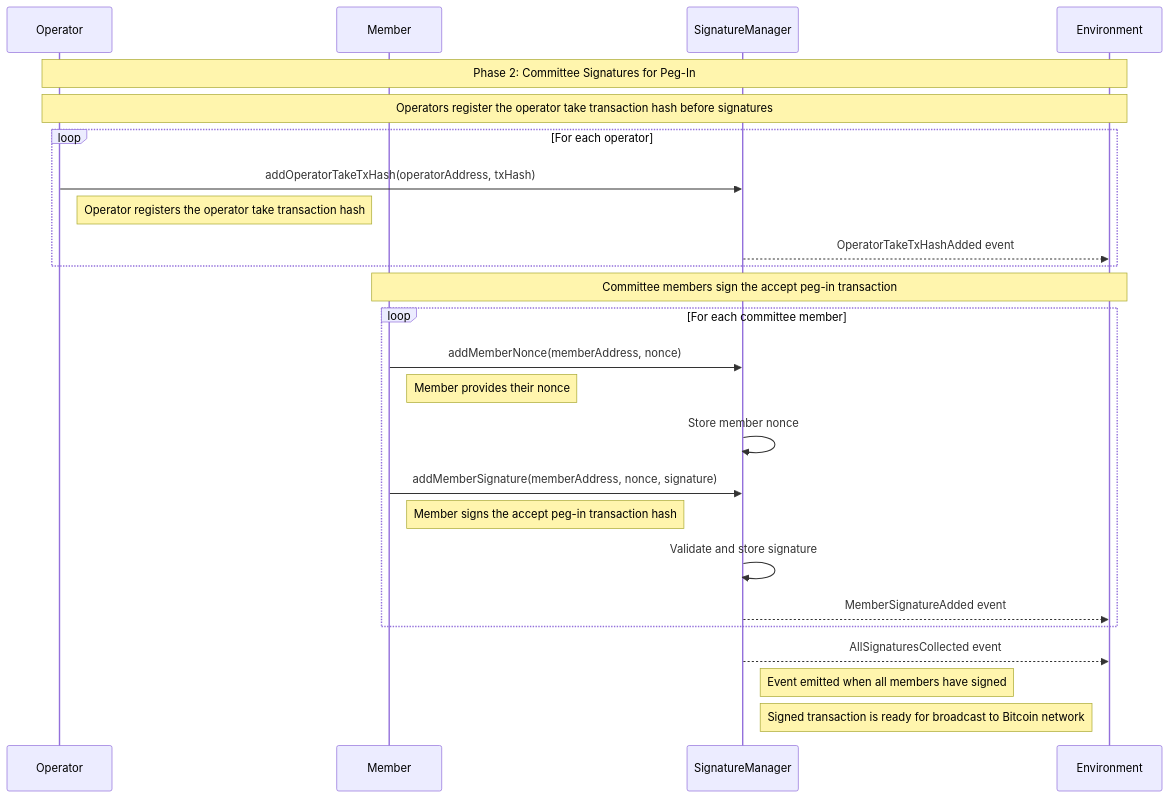
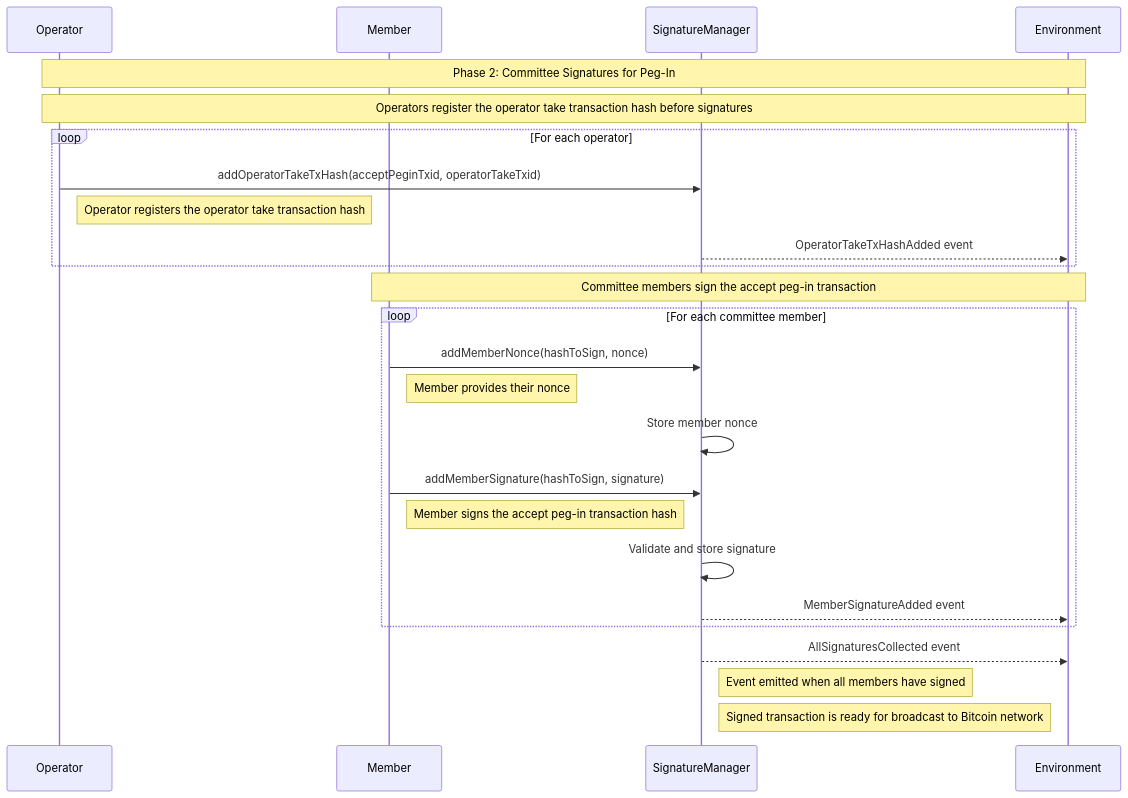
The sixth of 11 diagrams in README.md (rsksmart/union-bridge-contracts), drawn with Mermaid before and after one commit. The commit also changed other lines of this file, not shown here.

Commit message:
Update diagrams after CommitteRegistry split

````diff
--- a/README.md
+++ b/README.md
@@ -200,32 +213,32 @@
 ```mermaid
 sequenceDiagram
     participant O as Operator
     participant M as Member
     participant SM as SignatureManager
     participant ENV as Environment
 
     Note over O,ENV: Phase 2: Committee Signatures for Peg-In
     Note over O,ENV: Operators register the operator take transaction hash before signatures
 
     loop For each operator
-        O->>SM: addOperatorTakeTxHash(operatorAddress, txHash)
+        O->>SM: addOperatorTakeTxHash(acceptPeginTxid, operatorTakeTxid)
         Note right of O: Operator registers the operator take transaction hash
         SM-->>ENV: OperatorTakeTxHashAdded event
     end
 
     Note over M,ENV: Committee members sign the accept peg-in transaction
 
     loop For each committee member
-        M->>SM: addMemberNonce(memberAddress, nonce)
+        M->>SM: addMemberNonce(hashToSign, nonce)
         Note right of M: Member provides their nonce
         SM->>SM: Store member nonce
-        M->>SM: addMemberSignature(memberAddress, nonce, signature)
+        M->>SM: addMemberSignature(hashToSign, signature)
         Note right of M: Member signs the accept peg-in transaction hash
         SM->>SM: Validate and store signature
         SM-->>ENV: MemberSignatureAdded event
     end
 
     SM-->>ENV: AllSignaturesCollected event
     Note right of SM: Event emitted when all members have signed
     Note right of SM: Signed transaction is ready for broadcast to Bitcoin network
 ```
````
